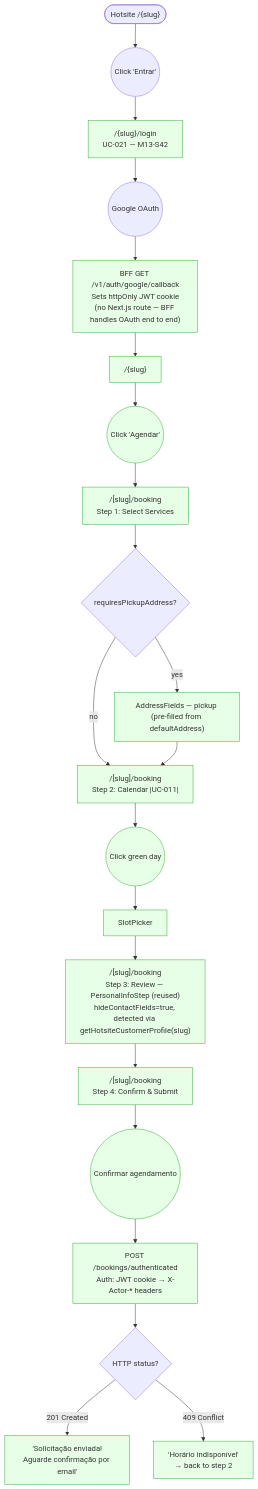
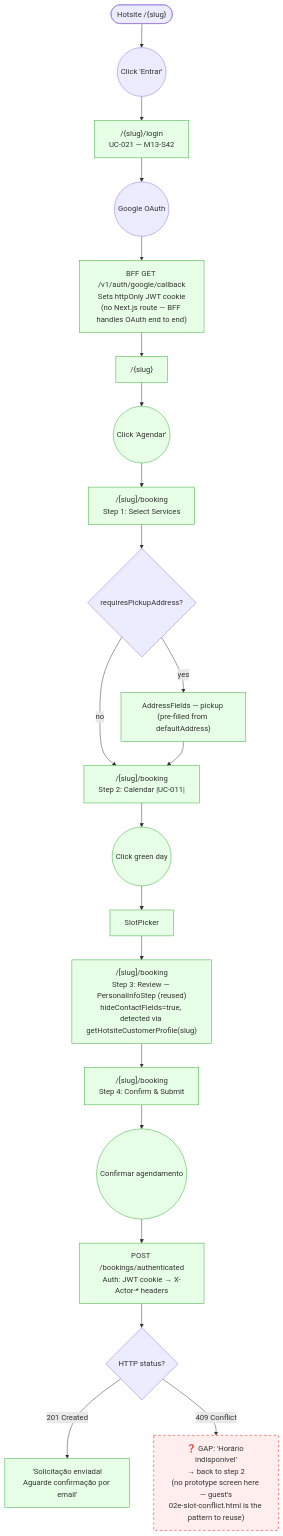
One commit to lmmoreira/ikaro changed the diagram in plan/journey/customer/book-a-service.md. Above: the diagram before and after it, drawn with Mermaid. The commit also changed 28 other files, not shown here.

````diff
--- a/plan/journey/customer/book-a-service.md
+++ b/plan/journey/customer/book-a-service.md
@@ -10,34 +10,35 @@
 ```mermaid
 flowchart TD
     classDef existing fill:#e6ffe6,stroke:#3a3
     classDef gap stroke:#f00,stroke-dasharray: 5 5,fill:#fee
 
     Start(["Hotsite /{slug}"]) --> LoginCTA(("Click 'Entrar'"))
     LoginCTA --> LoginPage["/{slug}/login<br/>UC-021 — M13-S42"]
     LoginPage --> OAuth(("Google OAuth"))
     OAuth --> Callback["BFF GET /v1/auth/google/callback<br/>Sets httpOnly JWT cookie<br/>(no Next.js route — BFF handles OAuth end to end)"]
     Callback --> Hotsite["/{slug}"]
 
     Hotsite --> CTA(("Click 'Agendar'"))
     CTA --> S1["/[slug]/booking<br/>Step 1: Select Services"]
 
     S1 --> Pickup{"requiresPickupAddress?"}
     Pickup -- yes --> PickupField["AddressFields — pickup (pre-filled from defaultAddress)"]
     Pickup -- no --> S2
     PickupField --> S2
 
     S2["/[slug]/booking<br/>Step 2: Calendar |UC-011|"] --> DayClick(("Click green day"))
     DayClick --> SlotPicker["SlotPicker"]
     SlotPicker --> S3
 
     S3["/[slug]/booking<br/>Step 3: Review — PersonalInfoStep (reused)<br/>hideContactFields=true, detected via getHotsiteCustomerProfile(slug)"] --> S4
 
     S4["/[slug]/booking<br/>Step 4: Confirm & Submit"]
     S4 --> Submit(("Confirmar agendamento"))
     Submit --> POST["POST /bookings/authenticated<br/>Auth: JWT cookie → X-Actor-* headers"]
     POST --> SlotOk{"HTTP status?"}
     SlotOk -- 201 Created --> Done["'Solicitação enviada!<br/>Aguarde confirmação por email'"]
-    SlotOk -- 409 Conflict --> S2Error["'Horário indisponível'<br/>→ back to step 2"]
+    SlotOk -- 409 Conflict --> S2Error["❓ GAP: 'Horário indisponível'<br/>→ back to step 2<br/>(no prototype screen here — guest's<br/>02e-slot-conflict.html is the pattern to reuse)"]
 
-    class S1,PickupField,S2,DayClick,SlotPicker,S4,Submit,POST,Done,S2Error,LoginPage,Callback,Hotsite,CTA,S3 existing
+    class S1,PickupField,S2,DayClick,SlotPicker,S4,Submit,POST,Done,LoginPage,Callback,Hotsite,CTA,S3 existing
+    class S2Error gap
 ```
````
